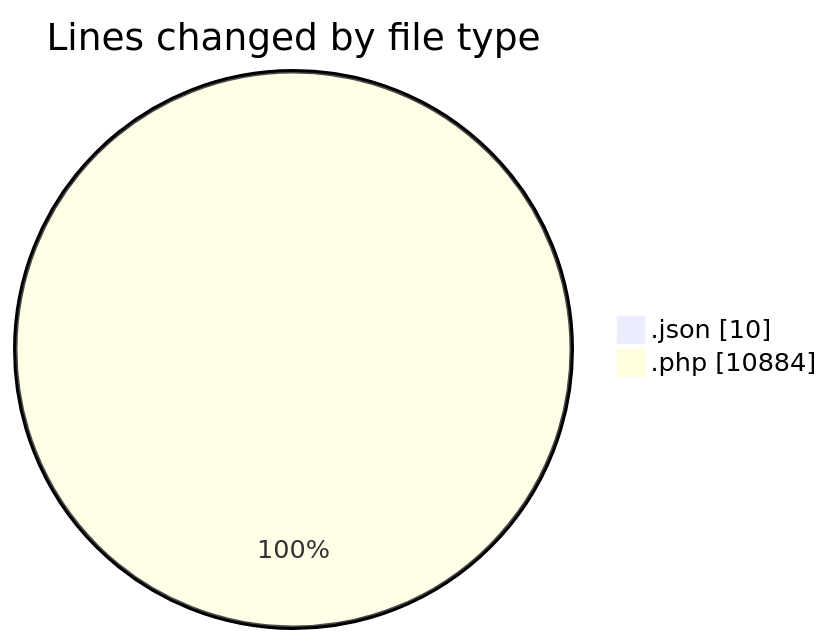
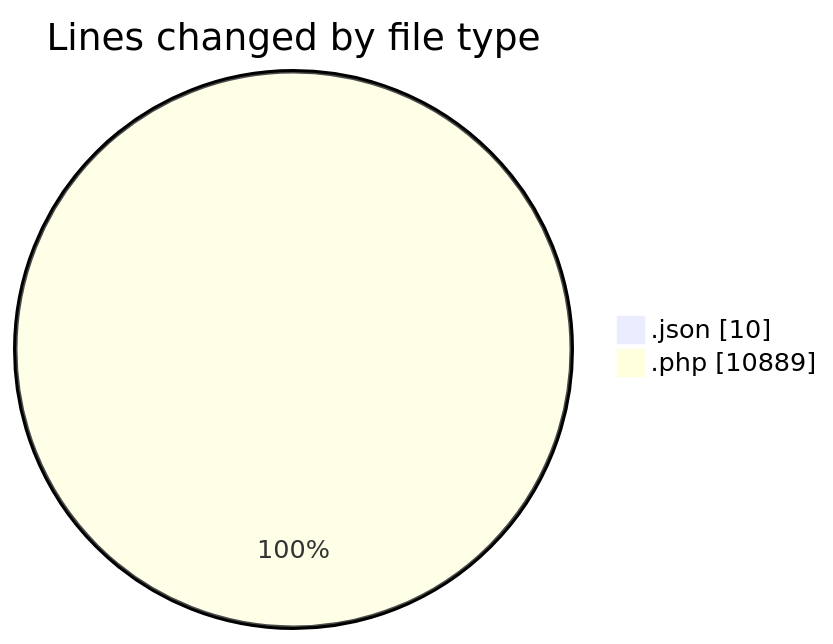
Before and after one commit to debugP/code-tracking: the first of 2 diagrams in 2025-10-16/untitled__workspace_/README.md, drawn with Mermaid. The commit also changed other lines of this file and 1 other file, not shown here.

````diff
--- a/2025-10-16/untitled__workspace_/README.md
+++ b/2025-10-16/untitled__workspace_/README.md
@@ -23,6 +23,6 @@
 ```mermaid
 pie showData
 title Lines changed by file type
 ".json" : 10
-".php" : 10884
+".php" : 10889
 ```
````
